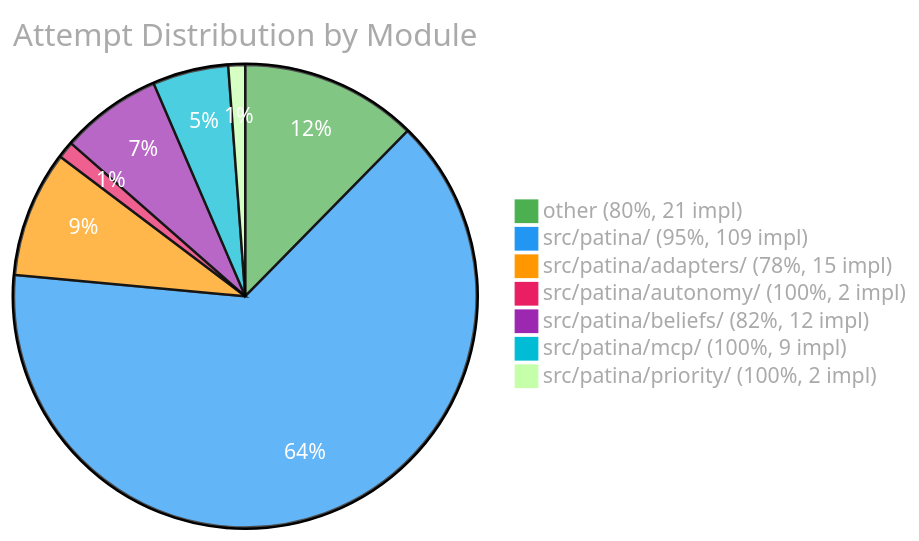
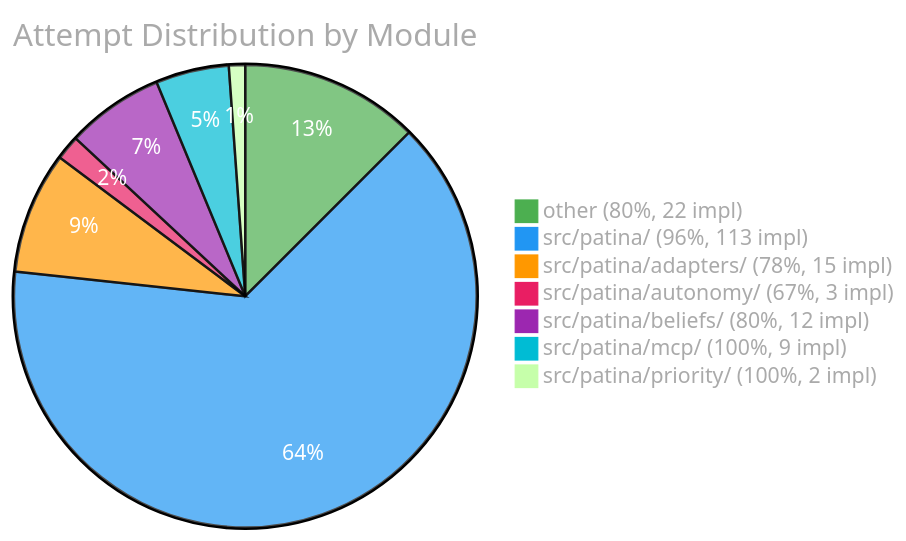
The third of 3 diagrams in EVAL.md (Sanctum-Origo-Systems/patina), drawn with Mermaid before and after one commit. The commit also changed other lines of this file and 1 other file, not shown here.

````diff
--- a/EVAL.md
+++ b/EVAL.md
@@ -37,11 +37,11 @@
 ```mermaid
 %%{init: {'theme': 'base', 'themeVariables': {'pie1': '#4CAF50', 'pie2': '#2196F3', 'pie3': '#FF9800', 'pie4': '#E91E63', 'pie5': '#9C27B0', 'pie6': '#00BCD4', 'pieTitleTextColor': '#aaa', 'pieLegendTextColor': '#aaa', 'pieSectionTextColor': '#fff'}}}%%
 pie title Attempt Distribution by Module
-    "other (80%, 21 impl)" : 21
-    "src/patina/ (95%, 109 impl)" : 109
+    "other (80%, 22 impl)" : 22
+    "src/patina/ (96%, 113 impl)" : 113
     "src/patina/adapters/ (78%, 15 impl)" : 15
-    "src/patina/autonomy/ (100%, 2 impl)" : 2
-    "src/patina/beliefs/ (82%, 12 impl)" : 12
+    "src/patina/autonomy/ (67%, 3 impl)" : 3
+    "src/patina/beliefs/ (80%, 12 impl)" : 12
     "src/patina/mcp/ (100%, 9 impl)" : 9
     "src/patina/priority/ (100%, 2 impl)" : 2
 ```
````
